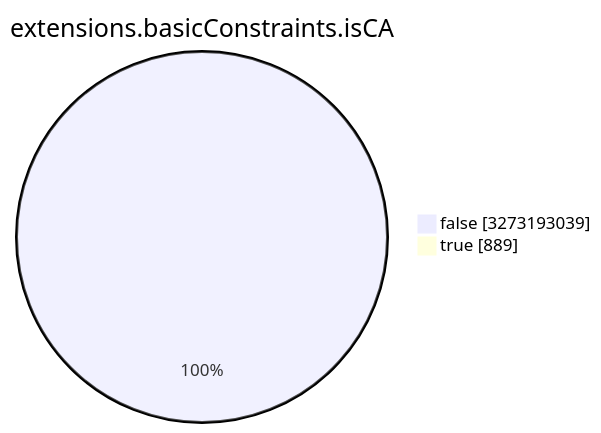
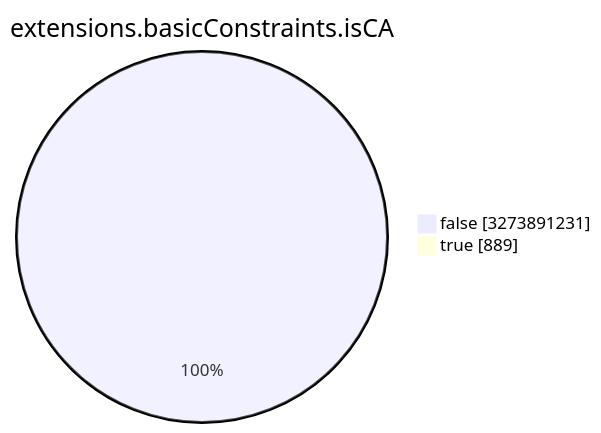
Before and after one commit to christiankrug/ctmonitor_visualization: the seventh of 15 diagrams in TOTAL/README.md, drawn with Mermaid. The commit also changed other lines of this file, not shown here.

````diff
--- a/TOTAL/README.md
+++ b/TOTAL/README.md
@@ -3089,6 +3089,6 @@
 ```mermaid
 pie showData
 title extensions.basicConstraints.isCA
-"false" :3273193039
+"false" :3273891231
 "true" :889
 ```
````
